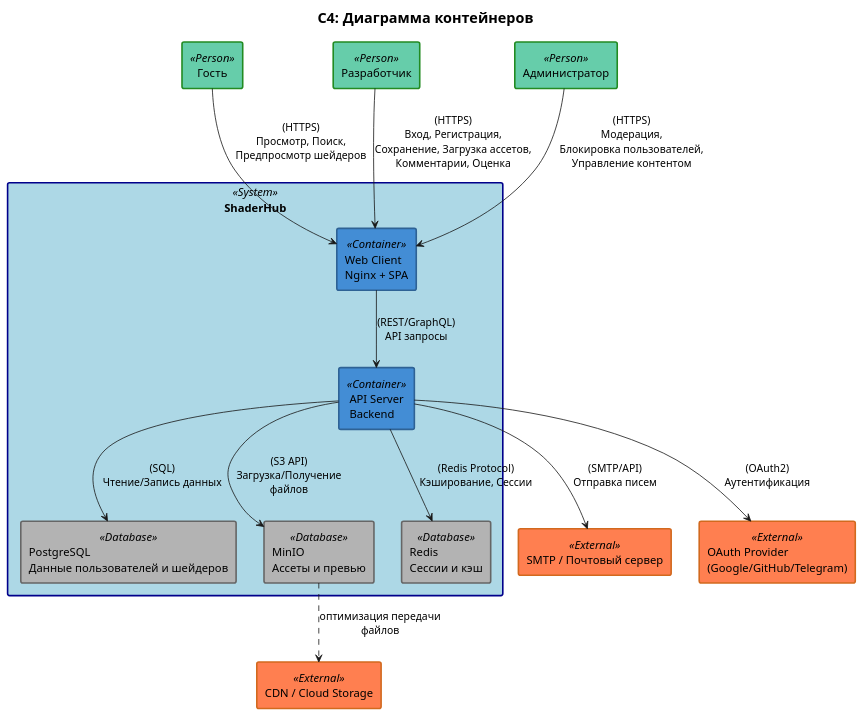
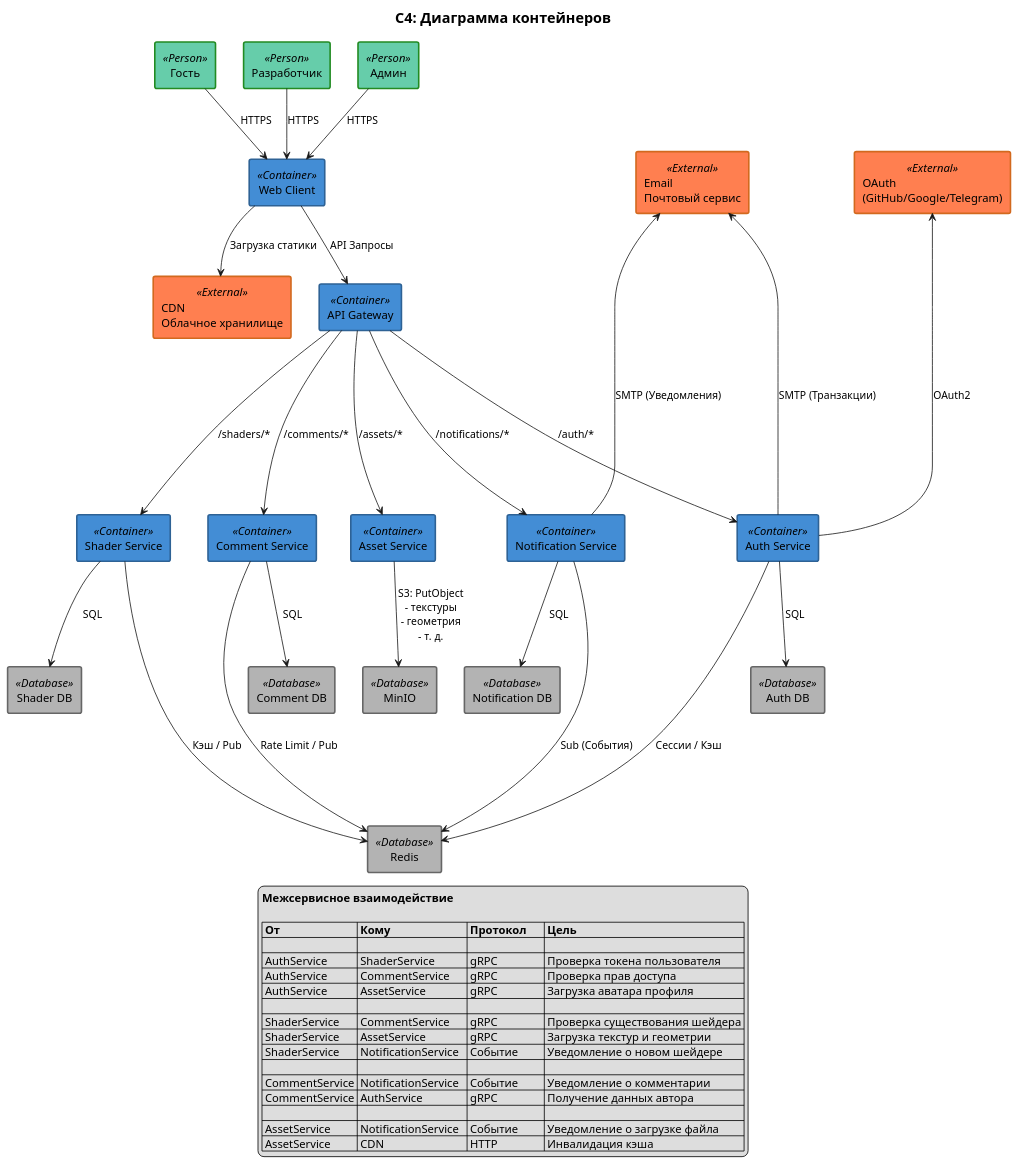
One commit to Mihyich/ShaderHub changed the diagram in docs/charts/c4/02-container/chart.wsd. Above: the diagram before and after it, drawn with PlantUML. The commit also changed 1 other file, not shown here.

```diff
--- a/docs/charts/c4/02-container/chart.wsd
+++ b/docs/charts/c4/02-container/chart.wsd
@@ -1,102 +1,123 @@
 @startuml C4_Container
 
 skinparam sequenceMessageAlign center
 
 skinparam activity {
     BackgroundColor White
     BorderColor Black
     BorderThickness 2
     FontName "Arial"
     FontSize 12
 }
 
 skinparam title {
     FontSize 18
 }
 
 skinparam rectangle {
     BackgroundColor<<Person>> MediumAquaMarine
     BorderColor<<Person>> ForestGreen
 
-    BackgroundColor<<System>> LightBlue
-    BorderColor<<System>> DarkBlue
-
-    BackgroundColor<<External>> Coral
-    BorderColor<<External>> Chocolate
-
     BackgroundColor<<Container>> #438DD5
     BorderColor<<Container>> #2E6295
 
     BackgroundColor<<Database>> #B3B3B3
     BorderColor<<Database>> #666666
-    
+
+    BackgroundColor<<External>> Coral
+    BorderColor<<External>> Chocolate
+
     BorderThickness 2
 }
 
 title C4: Диаграмма контейнеров
 
 ' ============================================
-' Акторы
+' Элементы
 ' ============================================
+
+' --- Внешний мир ---
 rectangle "Гость" <<Person>> as Guest
 rectangle "Разработчик" <<Person>> as Developer
-rectangle "Администратор" <<Person>> as Admin
+rectangle "Админ" <<Person>> as Admin
+
+rectangle "CDN\nОблачное хранилище" <<External>> as CDN
+rectangle "OAuth\n(GitHub/Google/Telegram)" <<External>> as OAuth
+rectangle "Email\nПочтовый сервис" <<External>> as Email
+
+' --- Система ---
+rectangle "API Gateway" <<Container>> as Gateway
+rectangle "Web Client" <<Container>> as WebClient
+
+rectangle "Auth Service" <<Container>> as AuthService
+rectangle "Shader Service" <<Container>> as ShaderService
+rectangle "Asset Service" <<Container>> as AssetService
+rectangle "Comment Service" <<Container>> as CommentService
+rectangle "Notification Service" <<Container>> as NotifyService
+
+' --- Хранилища ---
+rectangle "Auth DB" <<Database>> as AuthDB
+rectangle "Shader DB" <<Database>> as ShaderDB
+rectangle "Comment DB" <<Database>> as CommentDB
+rectangle "Notification DB" <<Database>> as NotifyDB
+rectangle "MinIO" <<Database>> as MinIO
+rectangle "Redis" <<Database>> as Redis
 
 ' ============================================
-' Граница системы ShaderHub
+' Связи (Логическая группировка)
 ' ============================================
-rectangle "ShaderHub" <<System>> as ShaderHub {
 
-    ' --- Контейнеры внутри системы ---
-    
-    ' Веб-клиент
-    rectangle "Web Client\nNginx + SPA" <<Container>> as WebClient {
-    }
-    
-    ' API Сервер
-    rectangle "API Server\nBackend" <<Container>> as APIServer {
-    }
-    
-    ' База данных
-    rectangle "PostgreSQL\nДанные пользователей и шейдеров" <<Database>> as Database {
-    }
-    
-    ' Хранилище файлов
-    rectangle "MinIO\nАссеты и превью" <<Database>> as MinIO {
-    }
-    
-    ' Кэш
-    rectangle "Redis\nСессии и кэш" <<Database>> as Redis {
-    }
-}
+' --- Пользователи : CDN : Gateway ---
+Guest     --> WebClient : HTTPS
+Developer --> WebClient : HTTPS
+Admin     --> WebClient : HTTPS
+WebClient --> CDN       : Загрузка статики
+WebClient --> Gateway   : API Запросы
 
-' ============================================
-' Внешние системы
-' ============================================
-rectangle "SMTP / Почтовый сервер" <<External>> as EmailService
-rectangle "OAuth Provider\n(Google/GitHub/Telegram)" <<External>> as AuthProvider
-rectangle "CDN / Cloud Storage" <<External>> as CDN
+' --- Gateway : Сервисы (HTTP) ---
+Gateway ----> AuthService    : /auth/*
+Gateway ----> ShaderService  : /shaders/*
+Gateway ----> AssetService   : /assets/*
+Gateway ----> CommentService : /comments/*
+Gateway ----> NotifyService  : /notifications/*
 
-' ============================================
-' Связи: Пользователи → Система
-' ============================================
-Guest --> WebClient : "(HTTPS)\nПросмотр, Поиск,\nПредпросмотр шейдеров"
-Developer --> WebClient : "(HTTPS)\nВход, Регистрация,\nСохранение, Загрузка ассетов,\nКомментарии, Оценка"
-Admin --> WebClient : "(HTTPS)\nМодерация,\nБлокировка пользователей,\nУправление контентом"
+' --- Сервисы : Базы данных (SQL) ---
+AuthService    --> AuthDB    : SQL
+ShaderService  --> ShaderDB  : SQL
+AssetService   --> MinIO     : S3: PutObject\n- текстуры\n- геометрия\n- т. д.
+CommentService --> CommentDB : SQL
+NotifyService  --> NotifyDB  : SQL
 
-' ============================================
-' Связи: Внутри системы
-' ============================================
-WebClient --> APIServer : "(REST/GraphQL)\nAPI запросы"
-APIServer --> Database : "(SQL)\nЧтение/Запись данных"
-APIServer --> MinIO : "(S3 API)\nЗагрузка/Получение\nфайлов"
-APIServer --> Redis : "(Redis Protocol)\nКэширование, Сессии"
 
-' ============================================
-' Связи: Система → Внешние сервисы
-' ============================================
-APIServer --> EmailService : "(SMTP/API)\nОтправка писем"
-APIServer --> AuthProvider : "(OAuth2)\nАутентификация"
-MinIO ..> CDN : "оптимизация передачи\nфайлов"
+' --- Redis (События и Кэш) ---
+AuthService    ----> Redis : Сессии / Кэш
+ShaderService  ----> Redis : Кэш / Pub
+CommentService ----> Redis : Rate Limit / Pub
+NotifyService  ----> Redis : Sub (События)
+
+' --- Внешние интеграции ---
+OAuth <----- AuthService   : OAuth2
+Email <----- AuthService   : SMTP (Транзакции)
+Email <----- NotifyService : SMTP (Уведомления)
+
+legend bottom
+  <b>Межсервисное взаимодействие</b>
+
+  | <b>От</b>      | <b>Кому</b>         | <b>Протокол</b> | <b>Цель</b>                    |
+  |                |                     |                 |                                |
+  | AuthService    | ShaderService       | gRPC            | Проверка токена пользователя   |
+  | AuthService    | CommentService      | gRPC            | Проверка прав доступа          |
+  | AuthService    | AssetService        | gRPC            | Загрузка аватара профиля       |
+  |                |                     |                 |                                |
+  | ShaderService  | CommentService      | gRPC            | Проверка существования шейдера |
+  | ShaderService  | AssetService        | gRPC            | Загрузка текстур и геометрии   |
+  | ShaderService  | NotificationService | Событие         | Уведомление о новом шейдере    |
+  |                |                     |                 |                                |
+  | CommentService | NotificationService | Событие         | Уведомление о комментарии      |
+  | CommentService | AuthService         | gRPC            | Получение данных автора        |
+  |                |                     |                 |                                |
+  | AssetService   | NotificationService | Событие         | Уведомление о загрузке файла   |
+  | AssetService   | CDN                 | HTTP            | Инвалидация кэша               |
+endlegend
 
 @enduml
```
